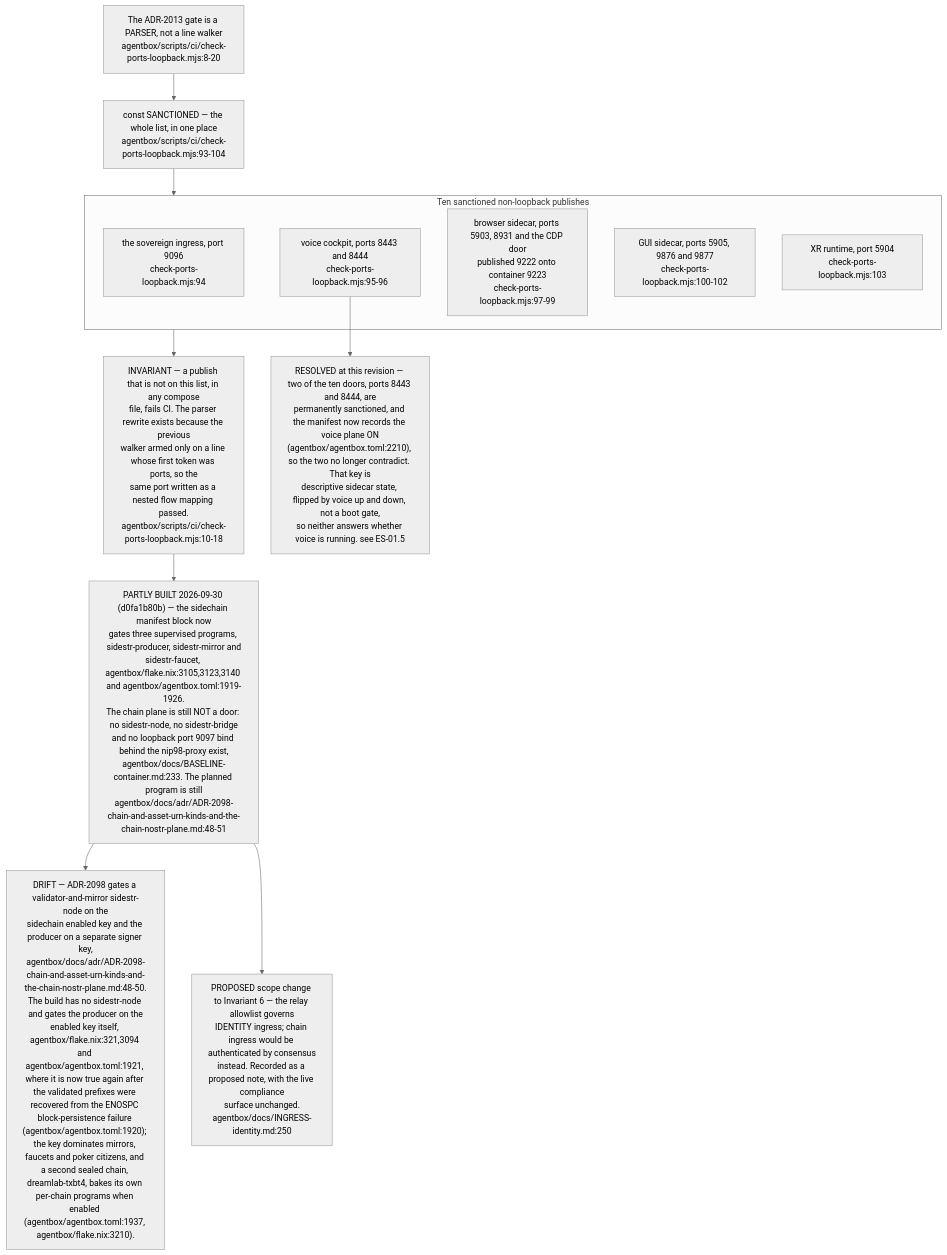
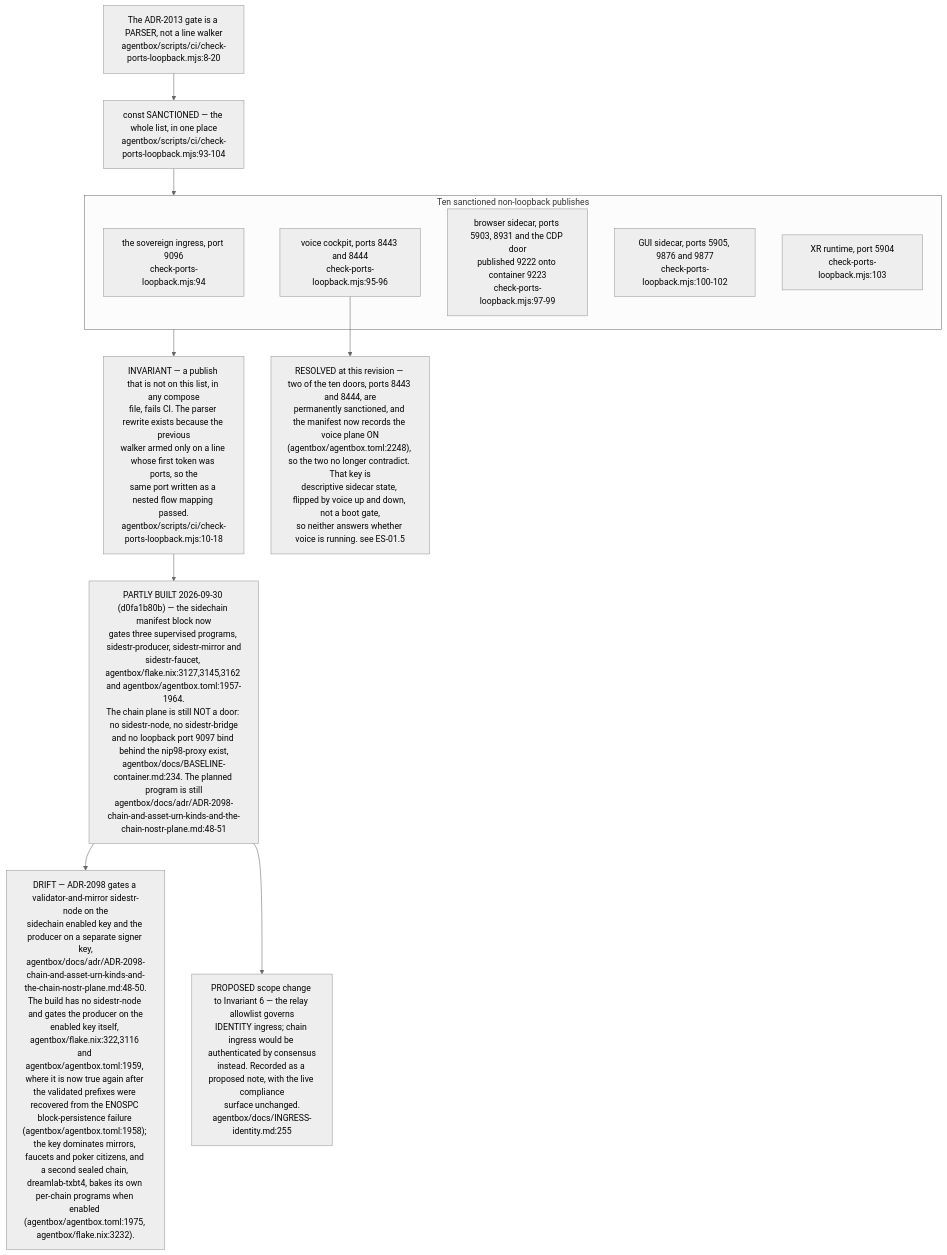
One commit to DreamLab-AI/VisionFlow changed diagram 11 of 11 in docs/diagrams/estate/10-deployment-and-security-profiles.md. Above: the diagram before and after it, drawn with Mermaid (neutral theme). The commit also changed other lines of this file and 91 other files, not shown here.

````diff
--- a/docs/diagrams/estate/10-deployment-and-security-profiles.md
+++ b/docs/diagrams/estate/10-deployment-and-security-profiles.md
@@ -447,29 +452,29 @@
 ```mermaid
 flowchart TB
     GATE["The ADR-2013 gate is a PARSER, not a line walker<br/>agentbox/scripts/ci/check-ports-loopback.mjs:8-20"]
     LIST["const SANCTIONED — the whole list, in one place<br/>agentbox/scripts/ci/check-ports-loopback.mjs:93-104"]
     GATE --> LIST
 
     subgraph DOORS["Ten sanctioned non-loopback publishes"]
         D0["the sovereign ingress, port 9096<br/>check-ports-loopback.mjs:94"]
         D1["voice cockpit, ports 8443 and 8444<br/>check-ports-loopback.mjs:95-96"]
         D2["browser sidecar, ports 5903, 8931 and the CDP door<br/>published 9222 onto container 9223<br/>check-ports-loopback.mjs:97-99"]
         D3["GUI sidecar, ports 5905, 9876 and 9877<br/>check-ports-loopback.mjs:100-102"]
         D4["XR runtime, port 5904<br/>check-ports-loopback.mjs:103"]
     end
     LIST --> DOORS
 
     INV["INVARIANT — a publish that is not on this list, in any compose<br/>file, fails CI. The parser rewrite exists because the previous<br/>walker armed only on a line whose first token was ports, so the<br/>same port written as a nested flow mapping passed.<br/>agentbox/scripts/ci/check-ports-loopback.mjs:10-18"]
     DOORS --> INV
 
-    PROP["PARTLY BUILT 2026-09-30 (d0fa1b80b) — the sidechain manifest block now<br/>gates three supervised programs, sidestr-producer, sidestr-mirror and<br/>sidestr-faucet, agentbox/flake.nix:3105,3123,3140 and agentbox/agentbox.toml:1919-1926.<br/>The chain plane is still NOT a door: no sidestr-node, no sidestr-bridge<br/>and no loopback port 9097 bind behind the nip98-proxy exist,<br/>agentbox/docs/BASELINE-container.md:233. The planned program is still<br/>agentbox/docs/adr/ADR-2098-chain-and-asset-urn-kinds-and-the-chain-nostr-plane.md:48-51"]
+    PROP["PARTLY BUILT 2026-09-30 (d0fa1b80b) — the sidechain manifest block now<br/>gates three supervised programs, sidestr-producer, sidestr-mirror and<br/>sidestr-faucet, agentbox/flake.nix:3127,3145,3162 and agentbox/agentbox.toml:1957-1964.<br/>The chain plane is still NOT a door: no sidestr-node, no sidestr-bridge<br/>and no loopback port 9097 bind behind the nip98-proxy exist,<br/>agentbox/docs/BASELINE-container.md:234. The planned program is still<br/>agentbox/docs/adr/ADR-2098-chain-and-asset-urn-kinds-and-the-chain-nostr-plane.md:48-51"]
     INV --> PROP
-    GATEDRIFT["DRIFT — ADR-2098 gates a validator-and-mirror sidestr-node on the<br/>sidechain enabled key and the producer on a separate signer key,<br/>agentbox/docs/adr/ADR-2098-chain-and-asset-urn-kinds-and-the-chain-nostr-plane.md:48-50.<br/>The build has no sidestr-node and gates the producer on the<br/>enabled key itself, agentbox/flake.nix:321,3094 and agentbox/agentbox.toml:1921, where it is now true again after the validated prefixes were recovered from the ENOSPC block-persistence failure (agentbox/agentbox.toml:1920); the key dominates mirrors, faucets and poker citizens, and a second sealed chain, dreamlab-txbt4, bakes its own per-chain programs when enabled (agentbox/agentbox.toml:1937, agentbox/flake.nix:3210)."]
+    GATEDRIFT["DRIFT — ADR-2098 gates a validator-and-mirror sidestr-node on the<br/>sidechain enabled key and the producer on a separate signer key,<br/>agentbox/docs/adr/ADR-2098-chain-and-asset-urn-kinds-and-the-chain-nostr-plane.md:48-50.<br/>The build has no sidestr-node and gates the producer on the<br/>enabled key itself, agentbox/flake.nix:322,3116 and agentbox/agentbox.toml:1959, where it is now true again after the validated prefixes were recovered from the ENOSPC block-persistence failure (agentbox/agentbox.toml:1958); the key dominates mirrors, faucets and poker citizens, and a second sealed chain, dreamlab-txbt4, bakes its own per-chain programs when enabled (agentbox/agentbox.toml:1975, agentbox/flake.nix:3232)."]
     PROP --> GATEDRIFT
 
-    NARROW["PROPOSED scope change to Invariant 6 — the relay allowlist governs<br/>IDENTITY ingress; chain ingress would be authenticated by consensus<br/>instead. Recorded as a proposed note, with the live compliance<br/>surface unchanged.<br/>agentbox/docs/INGRESS-identity.md:250"]
+    NARROW["PROPOSED scope change to Invariant 6 — the relay allowlist governs<br/>IDENTITY ingress; chain ingress would be authenticated by consensus<br/>instead. Recorded as a proposed note, with the live compliance<br/>surface unchanged.<br/>agentbox/docs/INGRESS-identity.md:255"]
     PROP --> NARROW
 
-    TENSION["RESOLVED at this revision — two of the ten doors, ports 8443 and 8444, are<br/>permanently sanctioned, and the manifest now records the voice plane ON<br/>(agentbox/agentbox.toml:2210), so the two no longer contradict. That key is<br/>descriptive sidecar state, flipped by voice up and down, not a boot gate,<br/>so neither answers whether voice is running. see ES-01.5"]
+    TENSION["RESOLVED at this revision — two of the ten doors, ports 8443 and 8444, are<br/>permanently sanctioned, and the manifest now records the voice plane ON<br/>(agentbox/agentbox.toml:2248), so the two no longer contradict. That key is<br/>descriptive sidecar state, flipped by voice up and down, not a boot gate,<br/>so neither answers whether voice is running. see ES-01.5"]
     D1 --> TENSION
 ```
````
